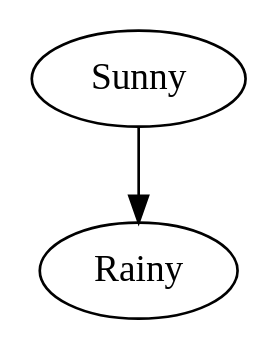
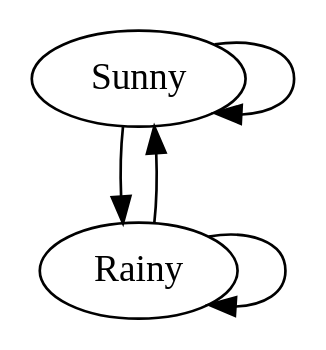
One commit to richelbilderbeek/boost_graph_cookbook_1 changed the diagram in create_named_vertices_markov_chain_graph.dot. Above: the diagram before and after it, drawn with Graphviz. The commit also changed 38 other files, not shown here.

```diff
--- a/create_named_vertices_markov_chain_graph.dot
+++ b/create_named_vertices_markov_chain_graph.dot
@@ -1,5 +1,8 @@
 digraph G {
 0[label=Sunny];
 1[label=Rainy];
+0->0 ;
 0->1 ;
+1->0 ;
+1->1 ;
 }
```
